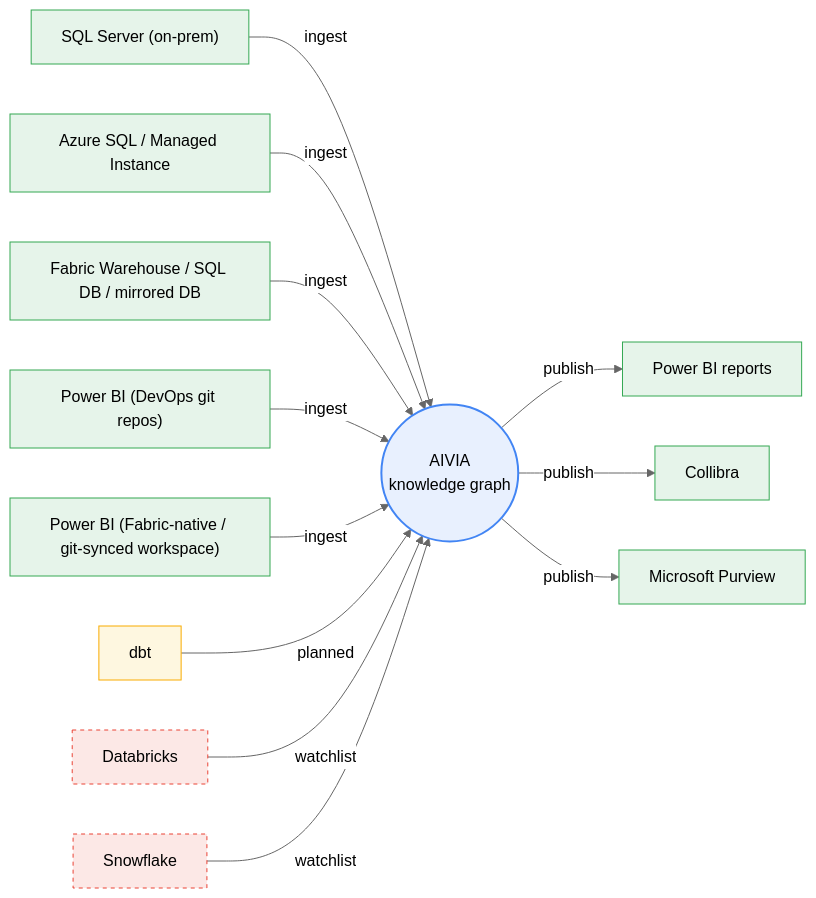
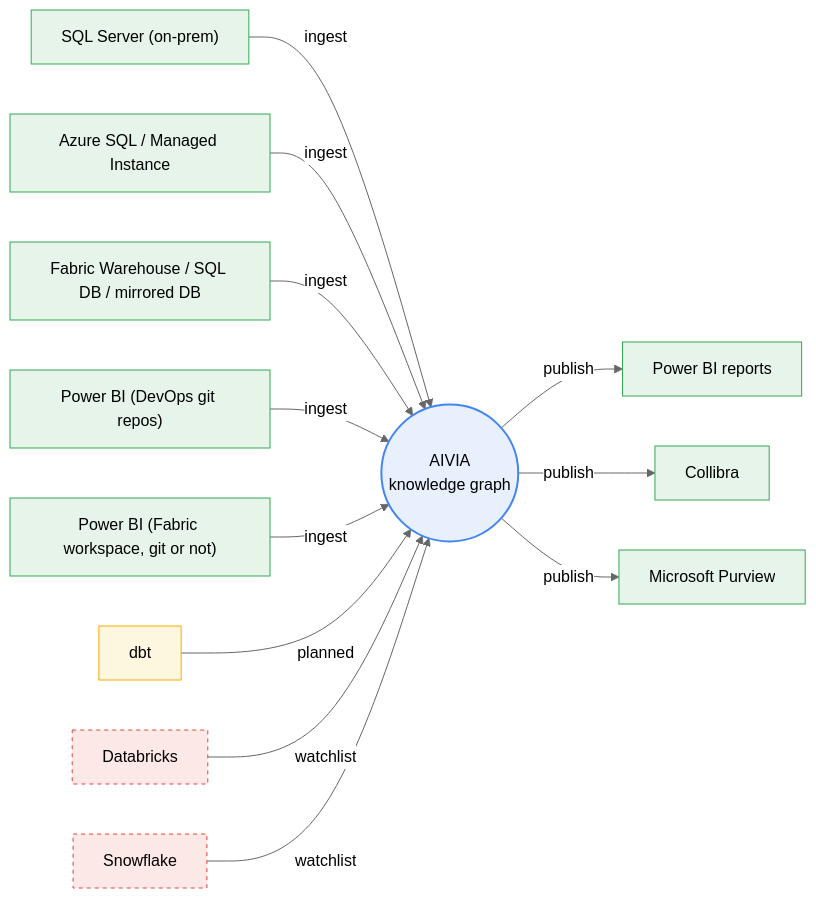
One commit to sunnyzhengai/sql-query-agent changed the diagram in docs/architecture/INTEGRATION_MAP.md. Above: the diagram before and after it, drawn with Mermaid (neutral theme). The commit also changed other lines of this file and 16 other files, not shown here.

````diff
--- a/docs/architecture/INTEGRATION_MAP.md
+++ b/docs/architecture/INTEGRATION_MAP.md
@@ -13,30 +13,30 @@
 ```mermaid
 flowchart LR
   AIVIA(("AIVIA<br/>knowledge graph")):::core
   T0["SQL Server (on-prem)"]:::shipped
   T0 -->|ingest| AIVIA
   T1["Azure SQL / Managed Instance"]:::shipped
   T1 -->|ingest| AIVIA
   T2["Fabric Warehouse / SQL DB / mirrored DB"]:::shipped
   T2 -->|ingest| AIVIA
   T3["Power BI (DevOps git repos)"]:::shipped
   T3 -->|ingest| AIVIA
-  T4["Power BI (Fabric-native / git-synced workspace)"]:::shipped
+  T4["Power BI (Fabric workspace, git or not)"]:::shipped
   T4 -->|ingest| AIVIA
   T5["Power BI reports"]:::shipped
   AIVIA -->|publish| T5
   T6["Collibra"]:::shipped
   AIVIA -->|publish| T6
   T7["Microsoft Purview"]:::shipped
   AIVIA -->|publish| T7
   T8["dbt"]:::planned
   T8 -->|planned| AIVIA
   T9["Databricks"]:::watchlist
   T9 -->|watchlist| AIVIA
   T10["Snowflake"]:::watchlist
   T10 -->|watchlist| AIVIA
   classDef core fill:#e8f0fe,stroke:#4285f4,stroke-width:2px
   classDef shipped fill:#e6f4ea,stroke:#34a853
   classDef planned fill:#fef7e0,stroke:#f9ab00
   classDef watchlist fill:#fce8e6,stroke:#ea4335,stroke-dasharray: 4
 ```
````
